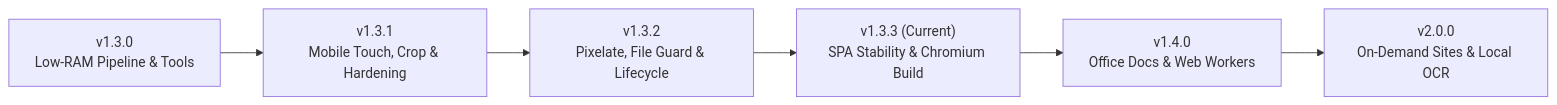
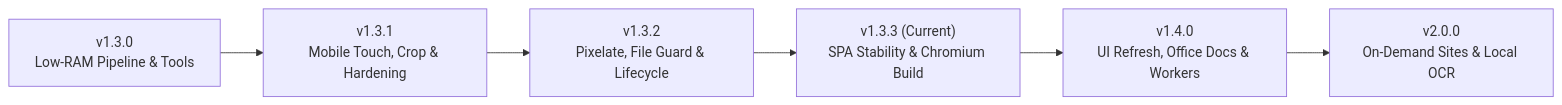
The diagram in ROADMAP.md (m21dev/clipzero), drawn with Mermaid before and after one commit. The commit also changed other lines of this file and 6 other files, not shown here.

````diff
--- a/ROADMAP.md
+++ b/ROADMAP.md
@@ -5,8 +5,8 @@
 ```mermaid
 flowchart LR
     V130["v1.3.0<br/>Low-RAM Pipeline & Tools"] --> V131["v1.3.1<br/>Mobile Touch, Crop & Hardening"]
     V131 --> V132["v1.3.2<br/>Pixelate, File Guard & Lifecycle"]
     V132 --> V133["v1.3.3 (Current)<br/>SPA Stability & Chromium Build"]
-    V133 --> V140["v1.4.0<br/>Office Docs & Web Workers"]
+    V133 --> V140["v1.4.0<br/>UI Refresh, Office Docs & Workers"]
     V140 --> V200["v2.0.0<br/>On-Demand Sites & Local OCR"]
 ```
````
